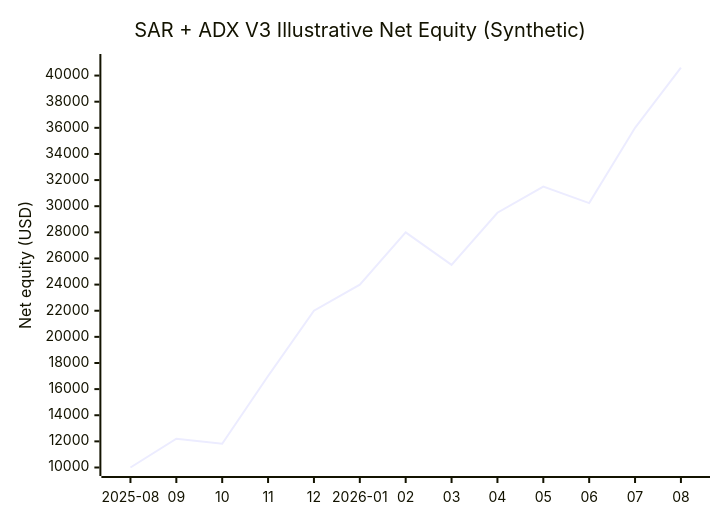
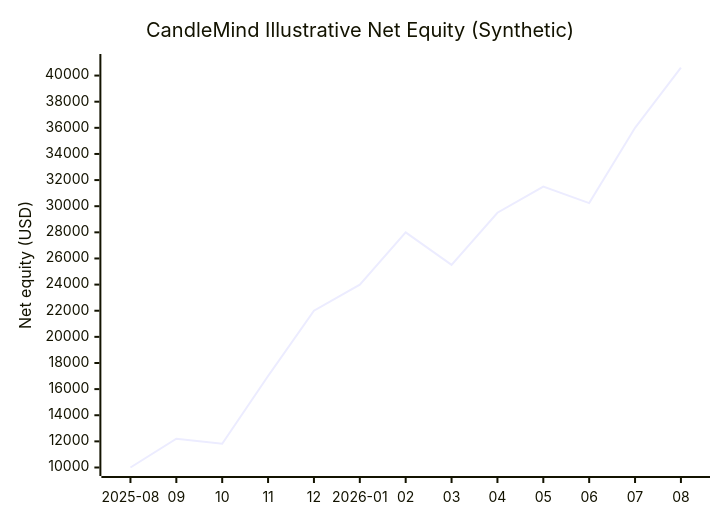
Before and after one commit to JacobeZhao/CandleMind: the first of 2 diagrams in README.md, drawn with Mermaid. The commit also changed other lines of this file and 36 other files, not shown here.

````diff
--- a/README.md
+++ b/README.md
@@ -20,7 +42,7 @@
 ```mermaid
 xychart-beta
-    title "SAR + ADX V3 Illustrative Net Equity (Synthetic)"
+    title "CandleMind Illustrative Net Equity (Synthetic)"
     x-axis ["2025-08", "09", "10", "11", "12", "2026-01", "02", "03", "04", "05", "06", "07", "08"]
     y-axis "Net equity (USD)" 10000 --> 41000
     line [10000, 12200, 11813, 17000, 22000, 24000, 28000, 25508, 29500, 31500, 30240, 36000, 40600]
 ```
````
